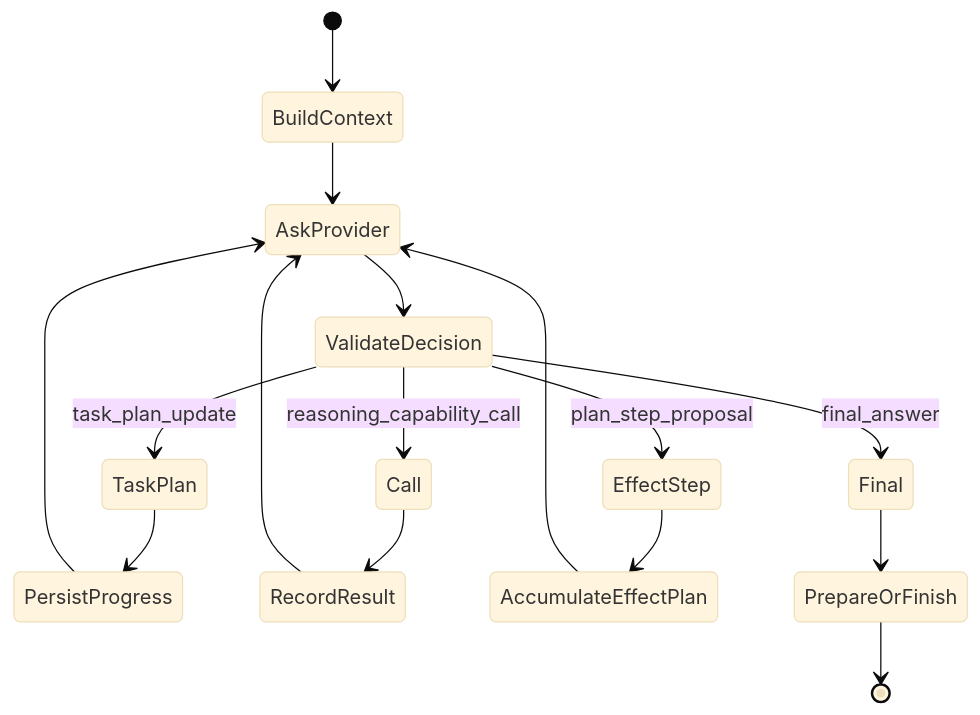
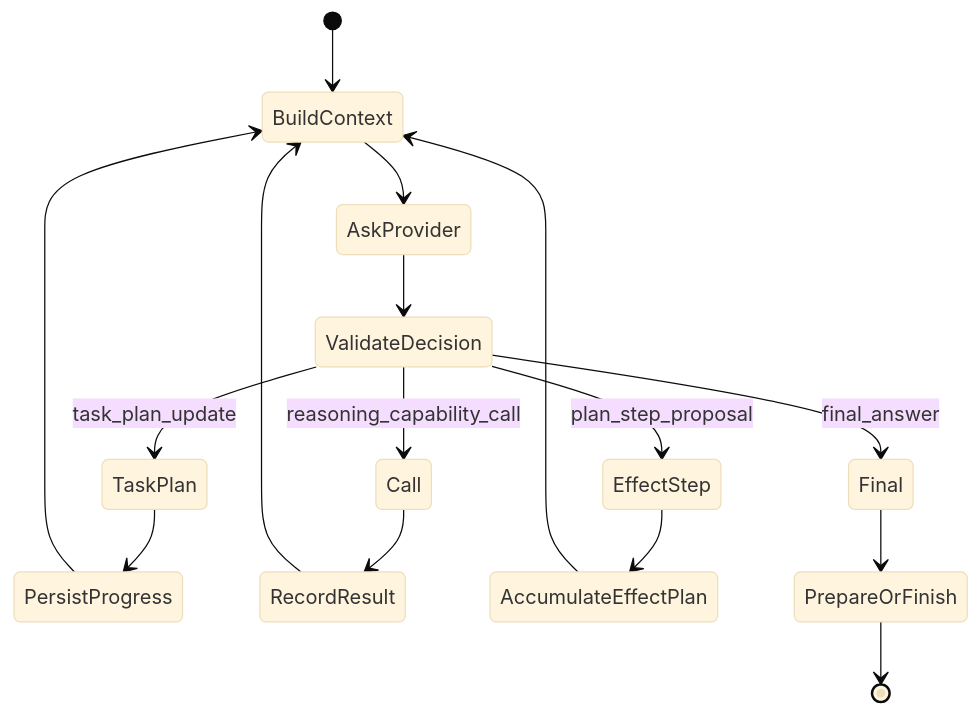
The diagram in addons/odoo_ai_assistant/runtime/agent/README.md (CPX-001/ai-odoo-assistant), drawn with Mermaid (base theme) before and after one commit. The commit also changed other lines of this file, not shown here.

````diff
--- a/addons/odoo_ai_assistant/runtime/agent/README.md
+++ b/addons/odoo_ai_assistant/runtime/agent/README.md
@@ -9,18 +11,18 @@
 ```mermaid
 stateDiagram-v2
     [*] --> BuildContext
     BuildContext --> AskProvider
     AskProvider --> ValidateDecision
     ValidateDecision --> TaskPlan: task_plan_update
     ValidateDecision --> Call: reasoning_capability_call
     ValidateDecision --> EffectStep: plan_step_proposal
     ValidateDecision --> Final: final_answer
     TaskPlan --> PersistProgress
-    PersistProgress --> AskProvider
+    PersistProgress --> BuildContext
     Call --> RecordResult
-    RecordResult --> AskProvider
+    RecordResult --> BuildContext
     EffectStep --> AccumulateEffectPlan
-    AccumulateEffectPlan --> AskProvider
+    AccumulateEffectPlan --> BuildContext
     Final --> PrepareOrFinish
     PrepareOrFinish --> [*]
 ```
````
